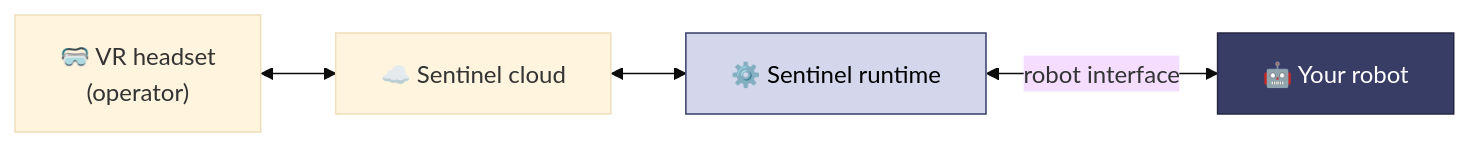
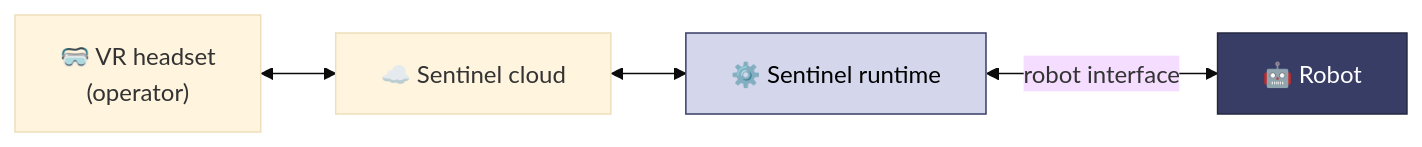
Before and after one commit to avearobotics/docs: the diagram in index.mdx, drawn with Mermaid (base theme). The commit also changed other lines of this file and 2 other files, not shown here.

````diff
--- a/index.mdx
+++ b/index.mdx
@@ -26,9 +13,9 @@
 ```mermaid
 flowchart LR
     H["🥽 VR headset<br/>(operator)"] <--> C["☁️ Sentinel cloud"]
     C <--> R["⚙️ Sentinel runtime"]
-    R <-->|"robot interface"| Y["🤖 Your robot"]
+    R <-->|"robot interface"| Y["🤖 Robot"]
 
     style Y fill:#383d66,color:#fff,stroke:#252840
     style R fill:#d4d7ec,stroke:#383d66,color:#000
 ```
````
